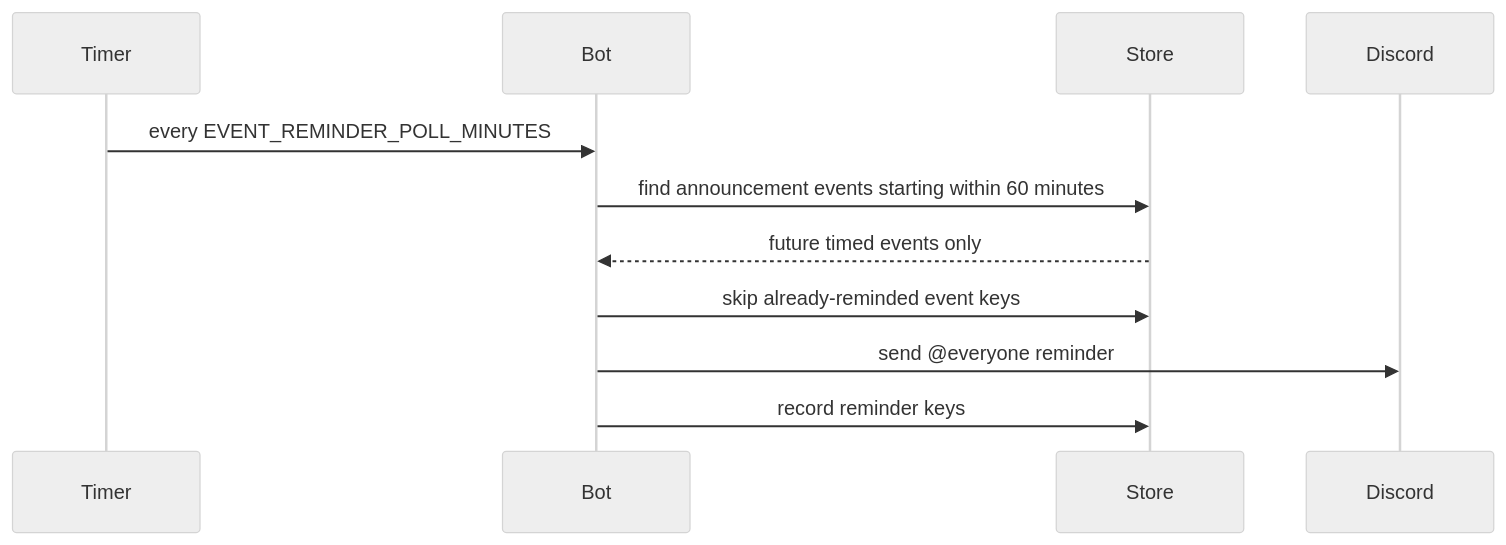
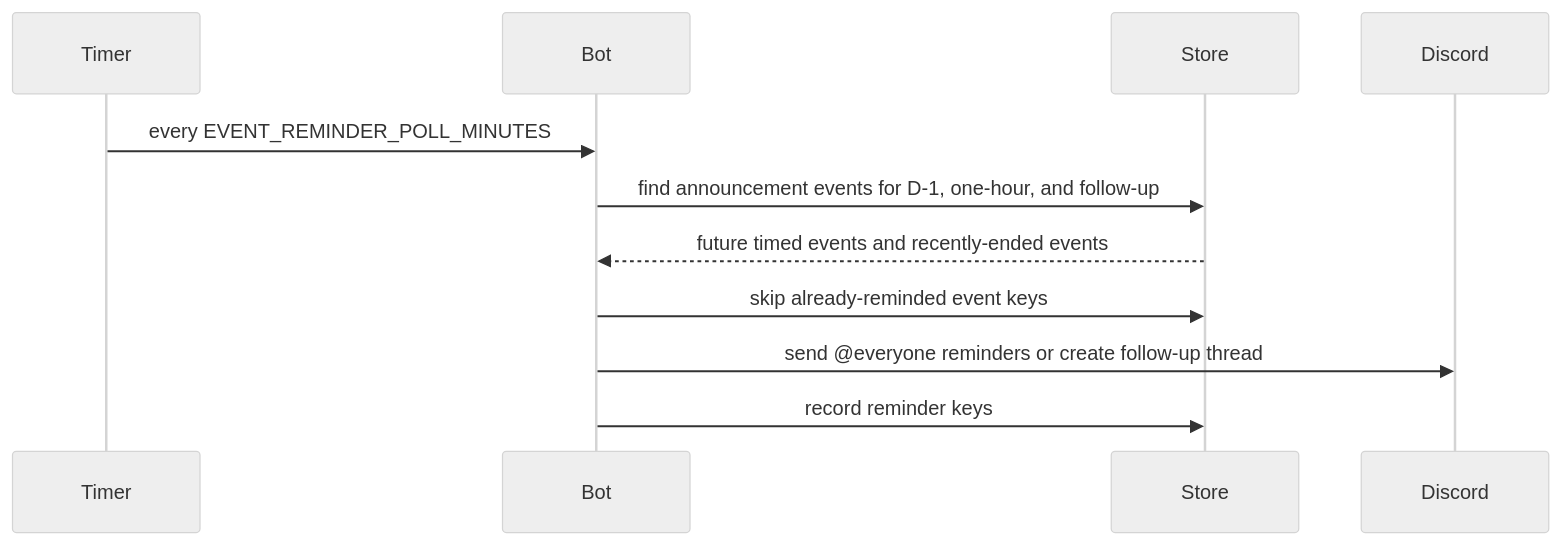
The fourth of 5 diagrams in docs/ARCHITECTURE.md (Educatian/kels-curator-bot), drawn with Mermaid (neutral theme) before and after one commit. The commit also changed other lines of this file and 21 other files, not shown here.

````diff
--- a/docs/ARCHITECTURE.md
+++ b/docs/ARCHITECTURE.md
@@ -251,14 +273,14 @@
 ```mermaid
 sequenceDiagram
   participant Timer
   participant Bot
   participant Store
   participant Discord
 
   Timer->>Bot: every EVENT_REMINDER_POLL_MINUTES
-  Bot->>Store: find announcement events starting within 60 minutes
-  Store-->>Bot: future timed events only
+  Bot->>Store: find announcement events for D-1, one-hour, and follow-up
+  Store-->>Bot: future timed events and recently-ended events
   Bot->>Store: skip already-reminded event keys
-  Bot->>Discord: send @everyone reminder
+  Bot->>Discord: send @everyone reminders or create follow-up thread
   Bot->>Store: record reminder keys
 ```
````
